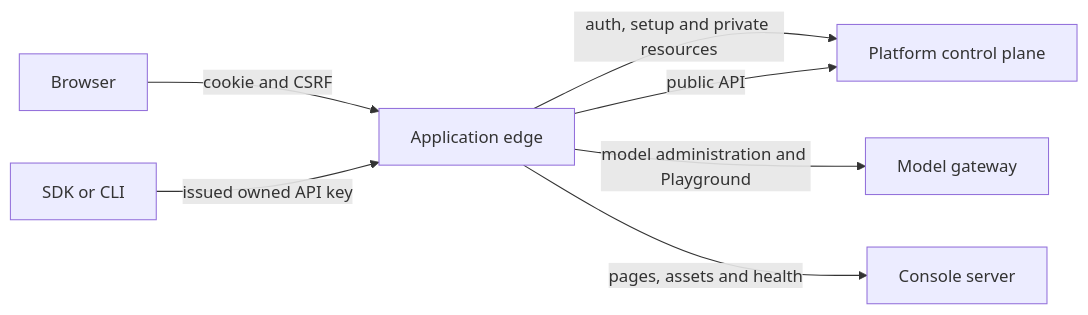
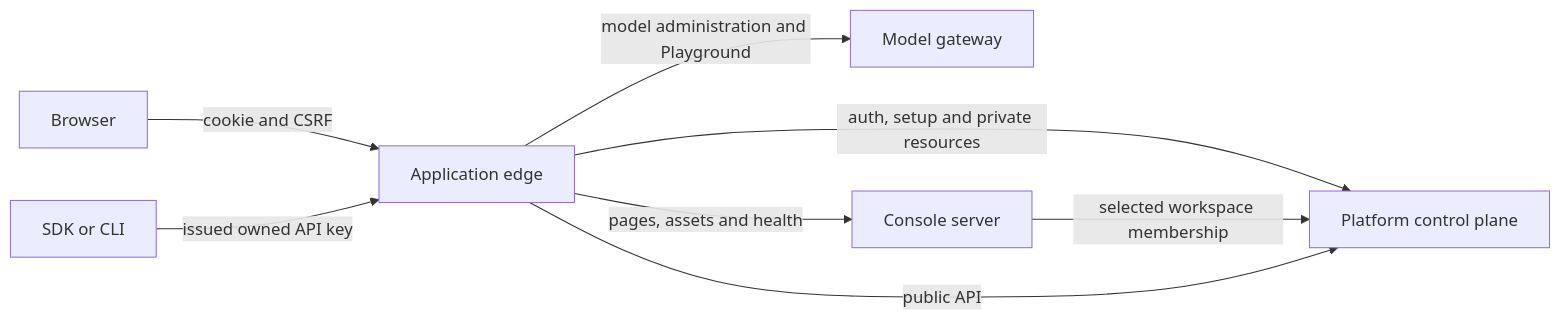
Before and after one commit to OpenSDLC-Dev/managed-agent-console: the diagram in README.md, drawn with Mermaid. The commit also changed other lines of this file and 178 other files, not shown here.

First line of the commit message:
feat: bind console navigation and requests to the selected workspace (#299)

````diff
--- a/README.md
+++ b/README.md
@@ -19,9 +18,10 @@
 ```mermaid
 flowchart LR
   Browser -->|cookie and CSRF| Edge[Application edge]
   Edge -->|auth, setup and private resources| Controlplane[Platform control plane]
   Edge -->|model administration and Playground| Gateway[Model gateway]
   Edge -->|pages, assets and health| Console[Console server]
+  Console -->|selected workspace membership| Controlplane
   Client[SDK or CLI] -->|issued owned API key| Edge
   Edge -->|public API| Controlplane
 ```
````
